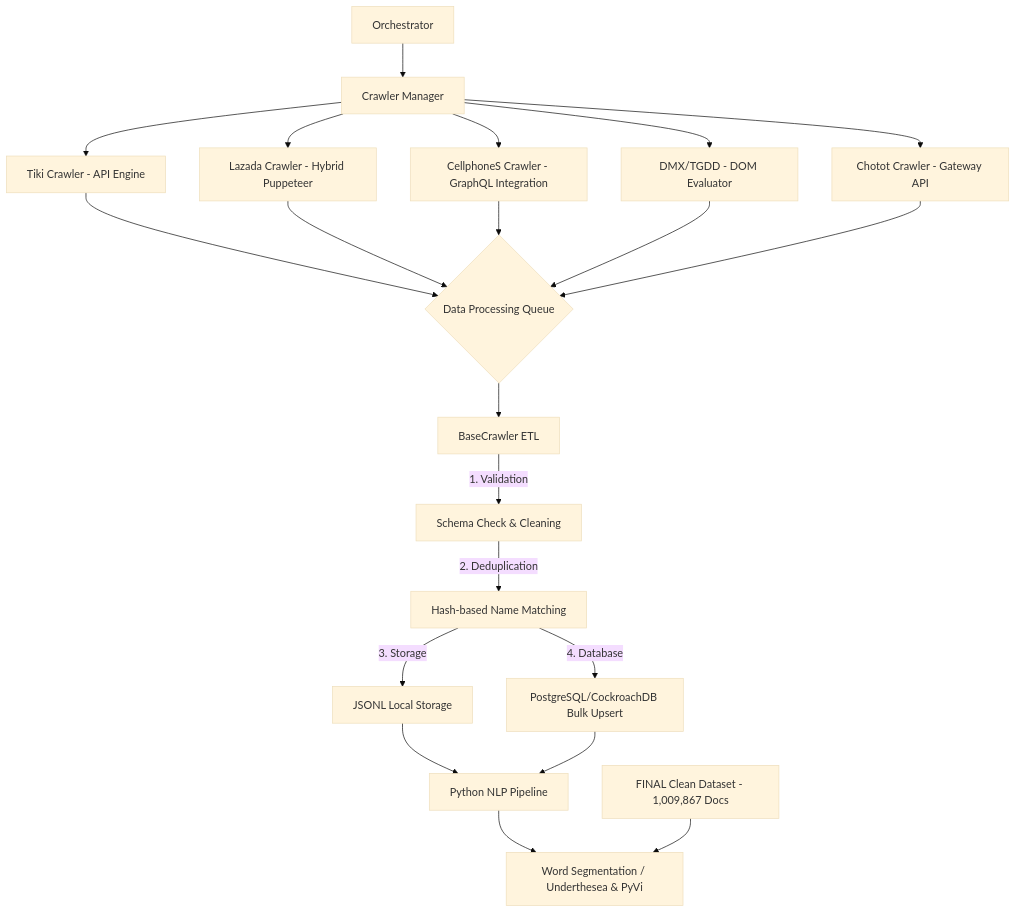
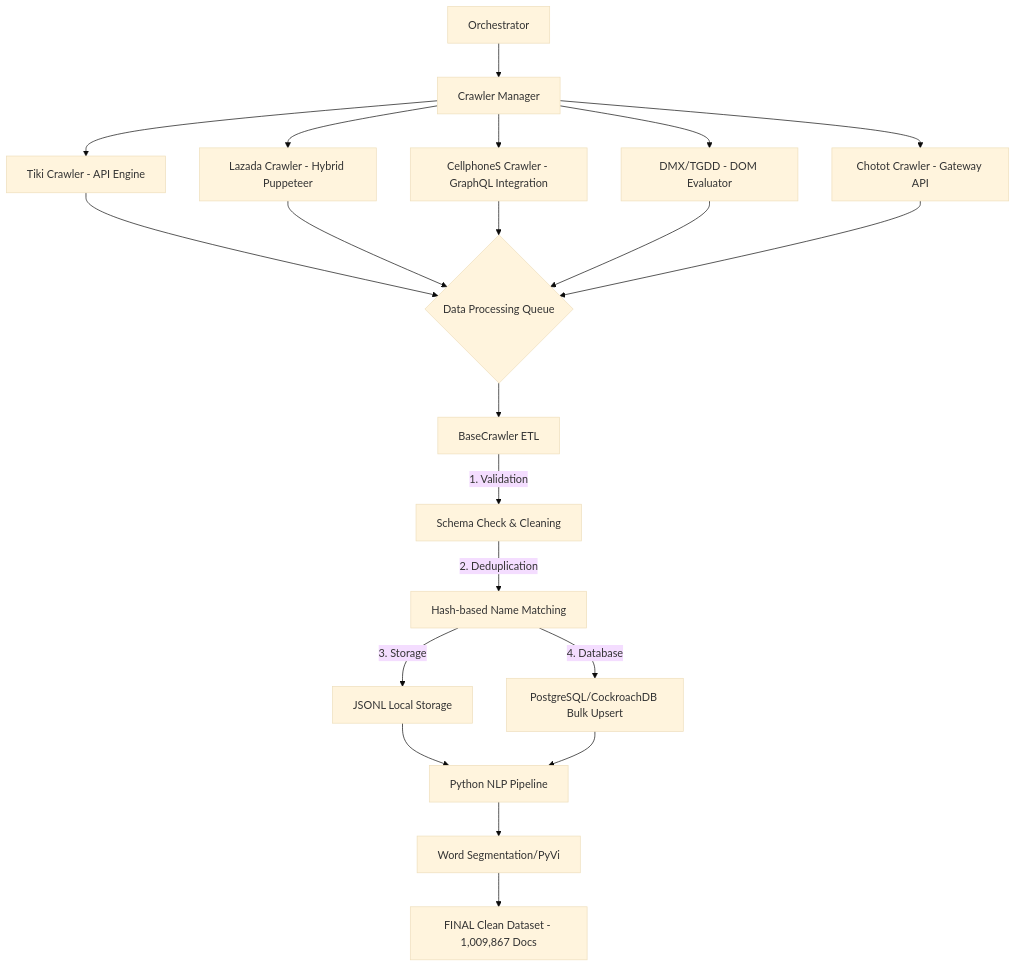
Before and after one commit to nhatlong28/SEG301: the diagram in reports/REPORT_MILESTONE_1.md, drawn with Mermaid (base theme).

Commit message:
fix: mermaid diagram

````diff
--- a/reports/REPORT_MILESTONE_1.md
+++ b/reports/REPORT_MILESTONE_1.md
@@ -22,22 +22,21 @@
 ```mermaid
 graph TD
     A[Orchestrator] --> B[Crawler Manager]
     B --> C1["Tiki Crawler - API Engine"]
     B --> C2["Lazada Crawler - Hybrid Puppeteer"]
     B --> C3["CellphoneS Crawler - GraphQL Integration"]
     B --> C4["DMX/TGDD - DOM Evaluator"]
     B --> C5["Chotot Crawler - Gateway API"]
     
     C1 & C2 & C3 & C4 & C5 --> D{Data Processing Queue}
     D --> E[BaseCrawler ETL]
     
     E -->|1. Validation| F[Schema Check & Cleaning]
     F -->|2. Deduplication| G[Hash-based Name Matching]
     G -->|3. Storage| H[JSONL Local Storage]
     G -->|4. Database| I[PostgreSQL/CockroachDB Bulk Upsert]
     
     H & I --> J[Python NLP Pipeline]
-    J --> K["Word Segmentation / Underthesea & PyVi"]
-    L --> K
-    L[FINAL Clean Dataset - 1,009,867 Docs]
+    J --> K["Word Segmentation/PyVi"]
+    K --> L[FINAL Clean Dataset - 1,009,867 Docs]
 ```
````
